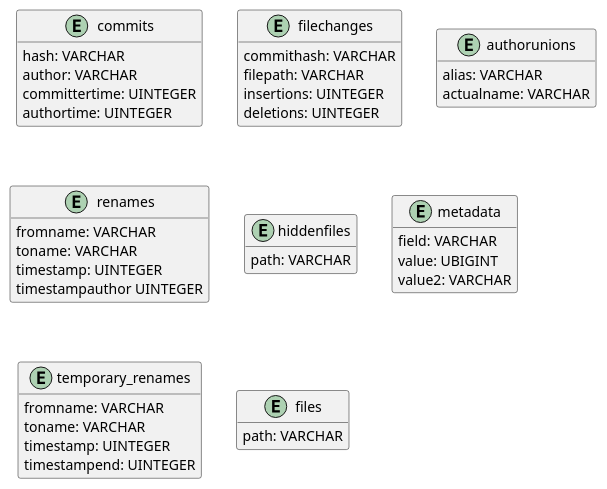
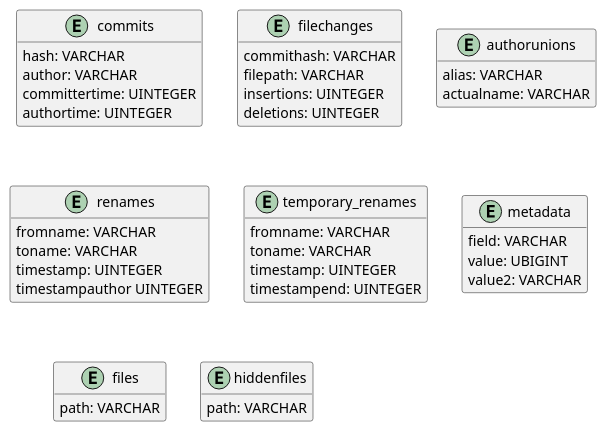
The diagram in artefacts/artefacts - A2025/diagrammes/duckdb_diagram.puml (LOG795-E019/git-truck), drawn with PlantUML before and after one commit. The commit also changed 1 other file, not shown here.

```diff
--- a/artefacts/artefacts - A2025/diagrammes/duckdb_diagram.puml
+++ b/artefacts/artefacts - A2025/diagrammes/duckdb_diagram.puml
@@ -1,46 +1,45 @@
 @startuml duckdb_diagram
 hide empty methods
 
 entity commits {
     hash: VARCHAR
     author: VARCHAR
     committertime: UINTEGER
     authortime: UINTEGER
 }
 entity filechanges {
     commithash: VARCHAR
     filepath: VARCHAR
     insertions: UINTEGER
     deletions: UINTEGER
 }
 entity authorunions {
     alias: VARCHAR
     actualname: VARCHAR
 }
 entity renames {
     fromname: VARCHAR
     toname: VARCHAR
     timestamp: UINTEGER
     timestampauthor UINTEGER
 }
-entity hiddenfiles {
-    path: VARCHAR
+entity temporary_renames {
+    fromname: VARCHAR
+    toname: VARCHAR
+    timestamp: UINTEGER
+    timestampend: UINTEGER 
 }
 entity metadata {
     field: VARCHAR
     value: UBIGINT
     value2: VARCHAR
 }
-entity temporary_renames {
-    fromname: VARCHAR
-    toname: VARCHAR
-    timestamp: UINTEGER
-    timestampend: UINTEGER 
+entity files {
+    path: VARCHAR
 }
-entity files {
+entity hiddenfiles {
     path: VARCHAR
 }
 
 
-
 @enduml
```
